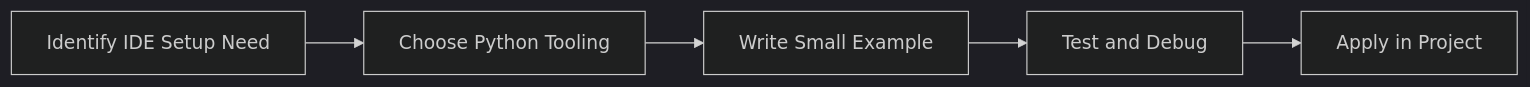
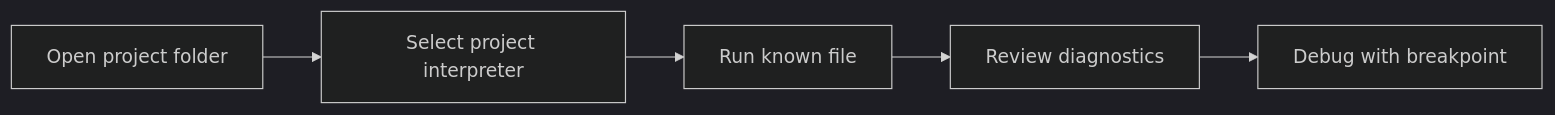
Before and after one commit to SYMOIZ/E-Learning-Portal: the diagram in Python-Mastery/Beginner/03-ide-setup.md, drawn with Mermaid (dark theme). The commit also changed other lines of this file and 116 other files, not shown here.

````diff
--- a/Python-Mastery/Beginner/03-ide-setup.md
+++ b/Python-Mastery/Beginner/03-ide-setup.md
@@ -128,7 +126,12 @@
 ```mermaid
 flowchart LR
-    A[Identify IDE Setup Need] --> B[Choose Python Tooling]
-    B --> C[Write Small Example]
-    C --> D[Test and Debug]
-    D --> E[Apply in Project]
+    A[Open project folder]
+    B[Select project interpreter]
+    C[Run known file]
+    D[Review diagnostics]
+    E[Debug with breakpoint]
+    A --> B
+    B --> C
+    C --> D
+    D --> E
 ```
````
